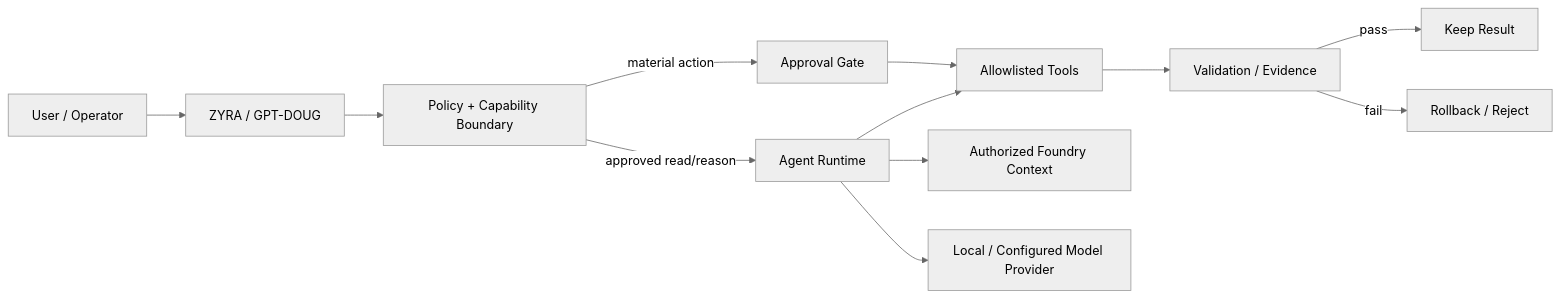
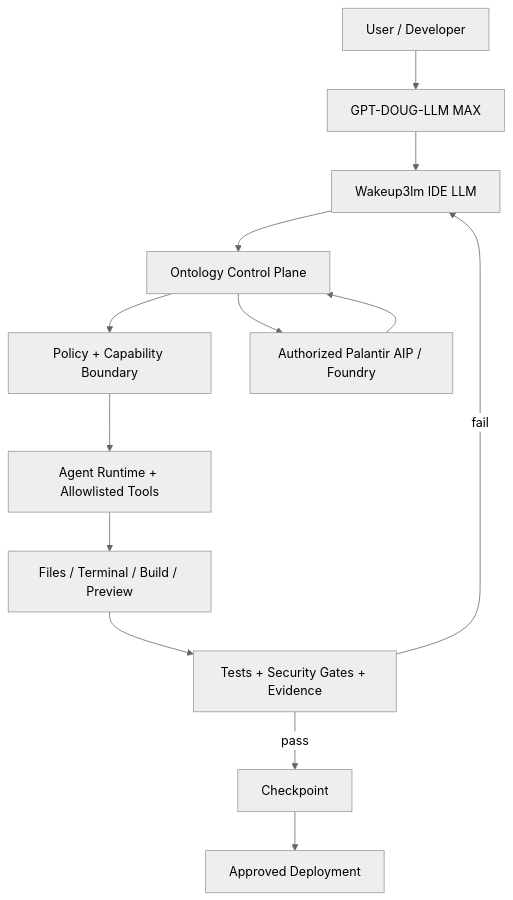
One commit to sonoxo/gpt-doug-llm changed the diagram in README.md. Above: the diagram before and after it, drawn with Mermaid (neutral theme). The commit also changed other lines of this file, not shown here.

Commit message:
docs: make ecosystem flow visual and beginner-readable

````diff
--- a/README.md
+++ b/README.md
@@ -127,16 +191,15 @@
 ```mermaid
-flowchart LR
-    U[User / Operator] --> Z[ZYRA / GPT-DOUG]
-    Z --> P[Policy + Capability Boundary]
-    P -->|approved read/reason| R[Agent Runtime]
-    P -->|material action| A[Approval Gate]
-
-    R --> T[Allowlisted Tools]
-    T --> V[Validation / Evidence]
-    V -->|pass| K[Keep Result]
-    V -->|fail| RB[Rollback / Reject]
-
-    R --> F[Authorized Foundry Context]
-    R --> L[Local / Configured Model Provider]
-    A --> T
+flowchart TD
+    U[User / Developer] --> D[GPT-DOUG-LLM MAX]
+    D --> W[Wakeup3lm IDE LLM]
+    W --> O[Ontology Control Plane]
+    O --> P[Policy + Capability Boundary]
+    O --> AIP[Authorized Palantir AIP / Foundry]
+    P --> R[Agent Runtime + Allowlisted Tools]
+    R --> F[Files / Terminal / Build / Preview]
+    F --> V[Tests + Security Gates + Evidence]
+    V -->|pass| C[Checkpoint]
+    V -->|fail| W
+    C --> DEP[Approved Deployment]
+    AIP --> O
 ```
````
